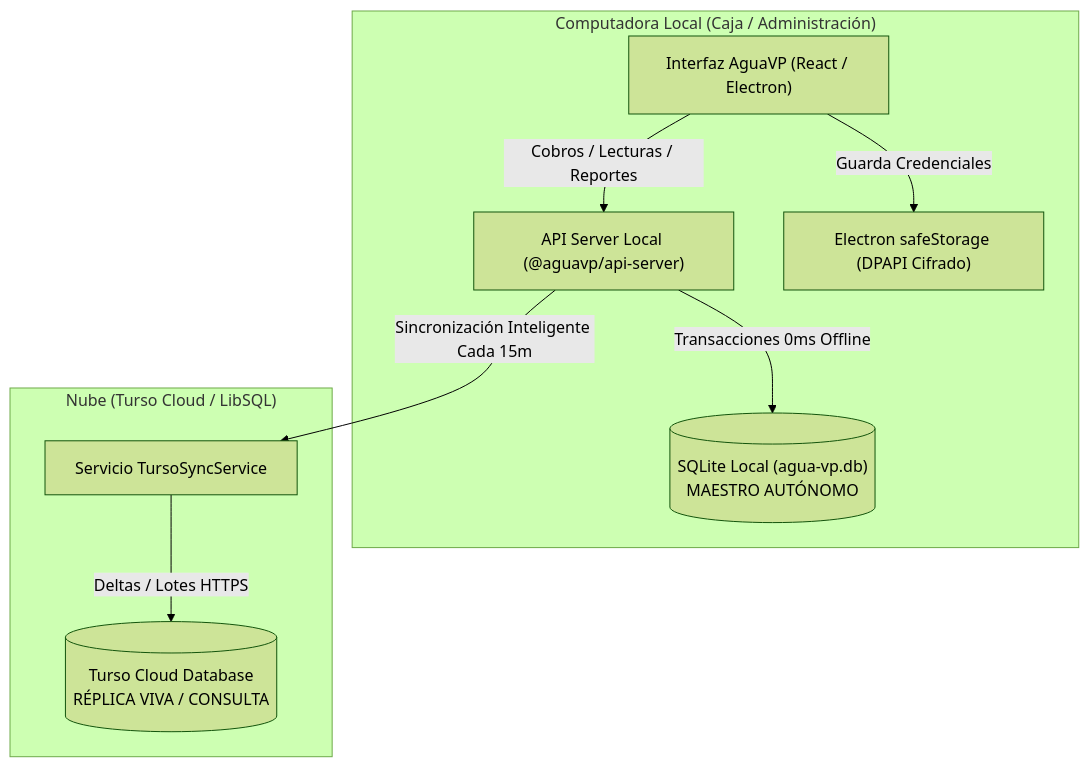
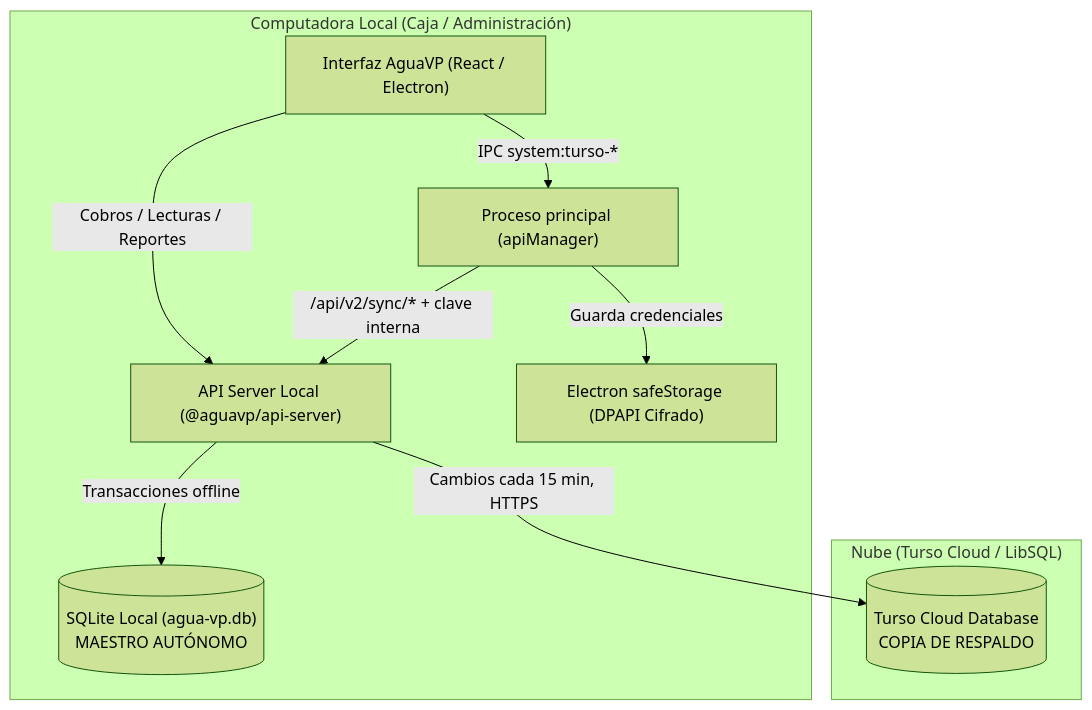
One commit to Mahynlo/AGUA-VP changed the diagram in docs/sincronizacion-turso-cloud.md. Above: the diagram before and after it, drawn with Mermaid (forest theme). The commit also changed other lines of this file and 7 other files, not shown here.

Commit message:
feat(sync): implement conflict resolution for cloud synchronization and update session token verification

````diff
--- a/docs/sincronizacion-turso-cloud.md
+++ b/docs/sincronizacion-turso-cloud.md
@@ -11,21 +13,22 @@
 ```mermaid
 flowchart TD
     subgraph Local["Computadora Local (Caja / Administración)"]
         UI["Interfaz AguaVP (React / Electron)"]
+        Main["Proceso principal (apiManager)"]
         Server["API Server Local (@aguavp/api-server)"]
         DB[("SQLite Local (agua-vp.db)<br/>MAESTRO AUTÓNOMO")]
         SafeStore["Electron safeStorage (DPAPI Cifrado)"]
-        
+
         UI -->|Cobros / Lecturas / Reportes| Server
-        Server -->|Transacciones 0ms Offline| DB
-        UI -->|Guarda Credenciales| SafeStore
+        Server -->|Transacciones offline| DB
+        UI -->|IPC system:turso-*| Main
+        Main -->|Guarda credenciales| SafeStore
+        Main -->|/api/v2/sync/* + clave interna| Server
     end
 
     subgraph Nube["Nube (Turso Cloud / LibSQL)"]
-        TursoClient["Servicio TursoSyncService"]
-        TursoCloud[("Turso Cloud Database<br/>RÉPLICA VIVA / CONSULTA")]
-        
-        Server -->|Sincronización Inteligente Cada 15m| TursoClient
-        TursoClient -->|Deltas / Lotes HTTPS| TursoCloud
+        TursoCloud[("Turso Cloud Database<br/>COPIA DE RESPALDO")]
     end
+
+    Server -->|Cambios cada 15 min, HTTPS| TursoCloud
 ```
````
